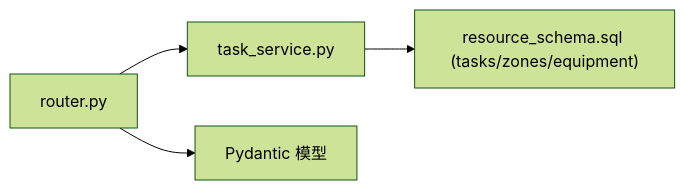
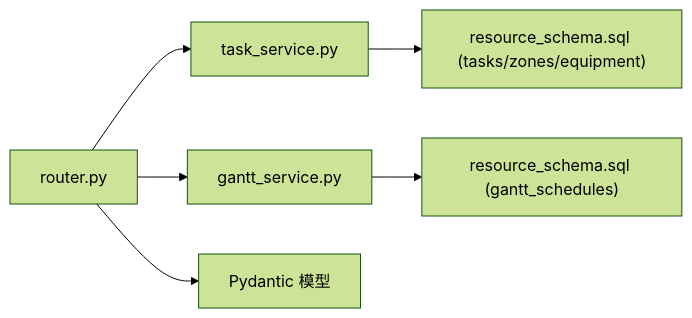
The third of 4 diagrams in .qoder/repowiki/zh/content/API接口文档/资源管理API/任务管理API.md (JiaStan/shizhi_system_df), drawn with Mermaid (forest theme) before and after one commit. The commit also changed other lines of this file and 53 other files, not shown here.

````diff
--- a/.qoder/repowiki/zh/content/API接口文档/资源管理API/任务管理API.md
+++ b/.qoder/repowiki/zh/content/API接口文档/资源管理API/任务管理API.md
@@ -250,6 +313,8 @@
 ```mermaid
 graph LR
-Router["router.py"] --> Service["task_service.py"]
-Service --> DB["resource_schema.sql (tasks/zones/equipment)"]
+Router["router.py"] --> TaskService["task_service.py"]
+Router --> GanttService["gantt_service.py"]
+TaskService --> DB["resource_schema.sql (tasks/zones/equipment)"]
+GanttService --> GanttDB["resource_schema.sql (gantt_schedules)"]
 Router --> Pydantic["Pydantic 模型"]
 ```
````
